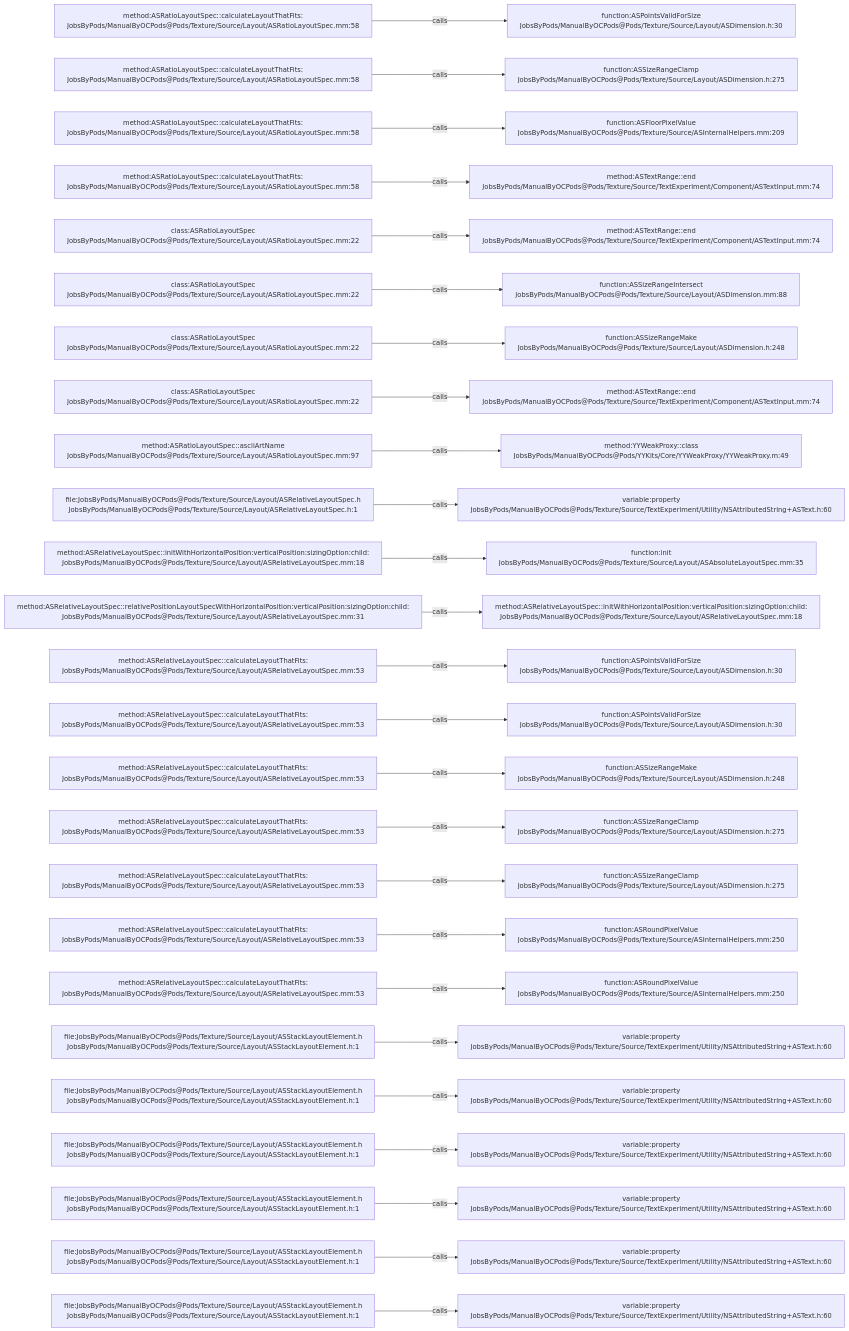
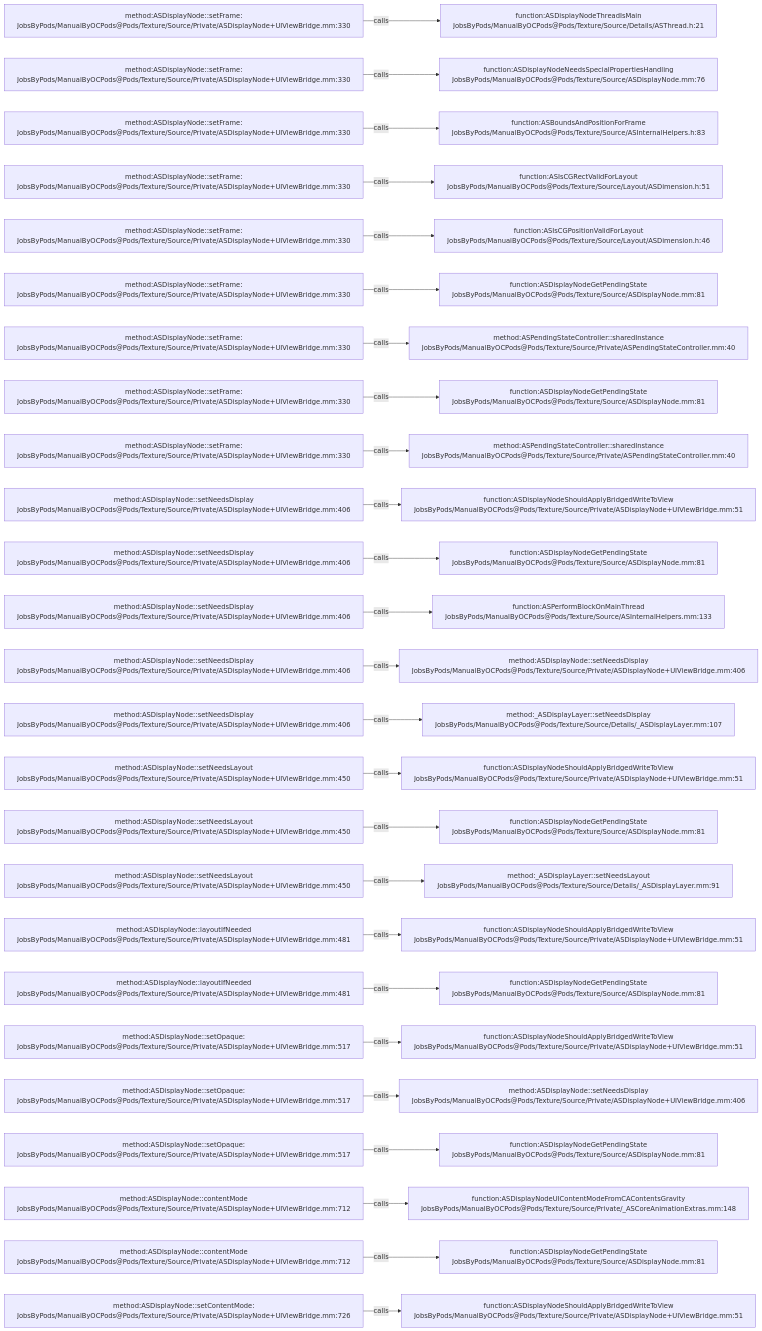
One commit to JobsKits/JobsOCBaseConfigDemo changed the diagram in .codegraph/codegraph.md/graphs/calls-190.md. Above: the diagram before and after it, drawn with Mermaid. The commit also changed 1223 other files, not shown here.

````diff
--- a/.codegraph/codegraph.md/graphs/calls-190.md
+++ b/.codegraph/codegraph.md/graphs/calls-190.md
@@ -13,78 +13,78 @@
 ```mermaid
 flowchart LR
-  S1["method:ASRatioLayoutSpec::calculateLayoutThatFits:<br/>JobsByPods/ManualByOCPods@Pods/Texture/Source/Layout/ASRatioLayoutSpec.mm:58"]
-  T1["function:ASPointsValidForSize<br/>JobsByPods/ManualByOCPods@Pods/Texture/Source/Layout/ASDimension.h:30"]
+  S1["method:ASDisplayNode::setFrame:<br/>JobsByPods/ManualByOCPods@Pods/Texture/Source/Private/ASDisplayNode+UIViewBridge.mm:330"]
+  T1["function:ASDisplayNodeThreadIsMain<br/>JobsByPods/ManualByOCPods@Pods/Texture/Source/Details/ASThread.h:21"]
   S1 -->|calls| T1
-  S2["method:ASRatioLayoutSpec::calculateLayoutThatFits:<br/>JobsByPods/ManualByOCPods@Pods/Texture/Source/Layout/ASRatioLayoutSpec.mm:58"]
-  T2["function:ASSizeRangeClamp<br/>JobsByPods/ManualByOCPods@Pods/Texture/Source/Layout/ASDimension.h:275"]
+  S2["method:ASDisplayNode::setFrame:<br/>JobsByPods/ManualByOCPods@Pods/Texture/Source/Private/ASDisplayNode+UIViewBridge.mm:330"]
+  T2["function:ASDisplayNodeNeedsSpecialPropertiesHandling<br/>JobsByPods/ManualByOCPods@Pods/Texture/Source/ASDisplayNode.mm:76"]
   S2 -->|calls| T2
-  S3["method:ASRatioLayoutSpec::calculateLayoutThatFits:<br/>JobsByPods/ManualByOCPods@Pods/Texture/Source/Layout/ASRatioLayoutSpec.mm:58"]
-  T3["function:ASFloorPixelValue<br/>JobsByPods/ManualByOCPods@Pods/Texture/Source/ASInternalHelpers.mm:209"]
+  S3["method:ASDisplayNode::setFrame:<br/>JobsByPods/ManualByOCPods@Pods/Texture/Source/Private/ASDisplayNode+UIViewBridge.mm:330"]
+  T3["function:ASBoundsAndPositionForFrame<br/>JobsByPods/ManualByOCPods@Pods/Texture/Source/ASInternalHelpers.h:83"]
   S3 -->|calls| T3
-  S4["method:ASRatioLayoutSpec::calculateLayoutThatFits:<br/>JobsByPods/ManualByOCPods@Pods/Texture/Source/Layout/ASRatioLayoutSpec.mm:58"]
-  T4["method:ASTextRange::end<br/>JobsByPods/ManualByOCPods@Pods/Texture/Source/TextExperiment/Component/ASTextInput.mm:74"]
+  S4["method:ASDisplayNode::setFrame:<br/>JobsByPods/ManualByOCPods@Pods/Texture/Source/Private/ASDisplayNode+UIViewBridge.mm:330"]
+  T4["function:ASIsCGRectValidForLayout<br/>JobsByPods/ManualByOCPods@Pods/Texture/Source/Layout/ASDimension.h:51"]
   S4 -->|calls| T4
-  S5["class:ASRatioLayoutSpec<br/>JobsByPods/ManualByOCPods@Pods/Texture/Source/Layout/ASRatioLayoutSpec.mm:22"]
-  T5["method:ASTextRange::end<br/>JobsByPods/ManualByOCPods@Pods/Texture/Source/TextExperiment/Component/ASTextInput.mm:74"]
+  S5["method:ASDisplayNode::setFrame:<br/>JobsByPods/ManualByOCPods@Pods/Texture/Source/Private/ASDisplayNode+UIViewBridge.mm:330"]
+  T5["function:ASIsCGPositionValidForLayout<br/>JobsByPods/ManualByOCPods@Pods/Texture/Source/Layout/ASDimension.h:46"]
   S5 -->|calls| T5
-  S6["class:ASRatioLayoutSpec<br/>JobsByPods/ManualByOCPods@Pods/Texture/Source/Layout/ASRatioLayoutSpec.mm:22"]
-  T6["function:ASSizeRangeIntersect<br/>JobsByPods/ManualByOCPods@Pods/Texture/Source/Layout/ASDimension.mm:88"]
+  S6["method:ASDisplayNode::setFrame:<br/>JobsByPods/ManualByOCPods@Pods/Texture/Source/Private/ASDisplayNode+UIViewBridge.mm:330"]
+  T6["function:ASDisplayNodeGetPendingState<br/>JobsByPods/ManualByOCPods@Pods/Texture/Source/ASDisplayNode.mm:81"]
   S6 -->|calls| T6
-  S7["class:ASRatioLayoutSpec<br/>JobsByPods/ManualByOCPods@Pods/Texture/Source/Layout/ASRatioLayoutSpec.mm:22"]
-  T7["function:ASSizeRangeMake<br/>JobsByPods/ManualByOCPods@Pods/Texture/Source/Layout/ASDimension.h:248"]
+  S7["method:ASDisplayNode::setFrame:<br/>JobsByPods/ManualByOCPods@Pods/Texture/Source/Private/ASDisplayNode+UIViewBridge.mm:330"]
+  T7["method:ASPendingStateController::sharedInstance<br/>JobsByPods/ManualByOCPods@Pods/Texture/Source/Private/ASPendingStateController.mm:40"]
   S7 -->|calls| T7
-  S8["class:ASRatioLayoutSpec<br/>JobsByPods/ManualByOCPods@Pods/Texture/Source/Layout/ASRatioLayoutSpec.mm:22"]
-  T8["method:ASTextRange::end<br/>JobsByPods/ManualByOCPods@Pods/Texture/Source/TextExperiment/Component/ASTextInput.mm:74"]
+  S8["method:ASDisplayNode::setFrame:<br/>JobsByPods/ManualByOCPods@Pods/Texture/Source/Private/ASDisplayNode+UIViewBridge.mm:330"]
+  T8["function:ASDisplayNodeGetPendingState<br/>JobsByPods/ManualByOCPods@Pods/Texture/Source/ASDisplayNode.mm:81"]
   S8 -->|calls| T8
-  S9["method:ASRatioLayoutSpec::asciiArtName<br/>JobsByPods/ManualByOCPods@Pods/Texture/Source/Layout/ASRatioLayoutSpec.mm:97"]
-  T9["method:YYWeakProxy::class<br/>JobsByPods/ManualByOCPods@Pods/YYKits/Core/YYWeakProxy/YYWeakProxy.m:49"]
+  S9["method:ASDisplayNode::setFrame:<br/>JobsByPods/ManualByOCPods@Pods/Texture/Source/Private/ASDisplayNode+UIViewBridge.mm:330"]
+  T9["method:ASPendingStateController::sharedInstance<br/>JobsByPods/ManualByOCPods@Pods/Texture/Source/Private/ASPendingStateController.mm:40"]
   S9 -->|calls| T9
-  S10["file:JobsByPods/ManualByOCPods@Pods/Texture/Source/Layout/ASRelativeLayoutSpec.h<br/>JobsByPods/ManualByOCPods@Pods/Texture/Source/Layout/ASRelativeLayoutSpec.h:1"]
-  T10["variable:property<br/>JobsByPods/ManualByOCPods@Pods/Texture/Source/TextExperiment/Utility/NSAttributedString+ASText.h:60"]
+  S10["method:ASDisplayNode::setNeedsDisplay<br/>JobsByPods/ManualByOCPods@Pods/Texture/Source/Private/ASDisplayNode+UIViewBridge.mm:406"]
+  T10["function:ASDisplayNodeShouldApplyBridgedWriteToView<br/>JobsByPods/ManualByOCPods@Pods/Texture/Source/Private/ASDisplayNode+UIViewBridge.mm:51"]
   S10 -->|calls| T10
-  S11["method:ASRelativeLayoutSpec::initWithHorizontalPosition:verticalPosition:sizingOption:child:<br/>JobsByPods/ManualByOCPods@Pods/Texture/Source/Layout/ASRelativeLayoutSpec.mm:18"]
-  T11["function:init<br/>JobsByPods/ManualByOCPods@Pods/Texture/Source/Layout/ASAbsoluteLayoutSpec.mm:35"]
+  S11["method:ASDisplayNode::setNeedsDisplay<br/>JobsByPods/ManualByOCPods@Pods/Texture/Source/Private/ASDisplayNode+UIViewBridge.mm:406"]
+  T11["function:ASDisplayNodeGetPendingState<br/>JobsByPods/ManualByOCPods@Pods/Texture/Source/ASDisplayNode.mm:81"]
   S11 -->|calls| T11
-  S12["method:ASRelativeLayoutSpec::relativePositionLayoutSpecWithHorizontalPosition:verticalPosition:sizingOption:child:<br/>JobsByPods/ManualByOCPods@Pods/Texture/Source/Layout/ASRelativeLayoutSpec.mm:31"]
-  T12["method:ASRelativeLayoutSpec::initWithHorizontalPosition:verticalPosition:sizingOption:child:<br/>JobsByPods/ManualByOCPods@Pods/Texture/Source/Layout/ASRelativeLayoutSpec.mm:18"]
+  S12["method:ASDisplayNode::setNeedsDisplay<br/>JobsByPods/ManualByOCPods@Pods/Texture/Source/Private/ASDisplayNode+UIViewBridge.mm:406"]
+  T12["function:ASPerformBlockOnMainThread<br/>JobsByPods/ManualByOCPods@Pods/Texture/Source/ASInternalHelpers.mm:133"]
   S12 -->|calls| T12
-  S13["method:ASRelativeLayoutSpec::calculateLayoutThatFits:<br/>JobsByPods/ManualByOCPods@Pods/Texture/Source/Layout/ASRelativeLayoutSpec.mm:53"]
-  T13["function:ASPointsValidForSize<br/>JobsByPods/ManualByOCPods@Pods/Texture/Source/Layout/ASDimension.h:30"]
+  S13["method:ASDisplayNode::setNeedsDisplay<br/>JobsByPods/ManualByOCPods@Pods/Texture/Source/Private/ASDisplayNode+UIViewBridge.mm:406"]
+  T13["method:ASDisplayNode::setNeedsDisplay<br/>JobsByPods/ManualByOCPods@Pods/Texture/Source/Private/ASDisplayNode+UIViewBridge.mm:406"]
   S13 -->|calls| T13
-  S14["method:ASRelativeLayoutSpec::calculateLayoutThatFits:<br/>JobsByPods/ManualByOCPods@Pods/Texture/Source/Layout/ASRelativeLayoutSpec.mm:53"]
-  T14["function:ASPointsValidForSize<br/>JobsByPods/ManualByOCPods@Pods/Texture/Source/Layout/ASDimension.h:30"]
+  S14["method:ASDisplayNode::setNeedsDisplay<br/>JobsByPods/ManualByOCPods@Pods/Texture/Source/Private/ASDisplayNode+UIViewBridge.mm:406"]
+  T14["method:_ASDisplayLayer::setNeedsDisplay<br/>JobsByPods/ManualByOCPods@Pods/Texture/Source/Details/_ASDisplayLayer.mm:107"]
   S14 -->|calls| T14
-  S15["method:ASRelativeLayoutSpec::calculateLayoutThatFits:<br/>JobsByPods/ManualByOCPods@Pods/Texture/Source/Layout/ASRelativeLayoutSpec.mm:53"]
-  T15["function:ASSizeRangeMake<br/>JobsByPods/ManualByOCPods@Pods/Texture/Source/Layout/ASDimension.h:248"]
+  S15["method:ASDisplayNode::setNeedsLayout<br/>JobsByPods/ManualByOCPods@Pods/Texture/Source/Private/ASDisplayNode+UIViewBridge.mm:450"]
+  T15["function:ASDisplayNodeShouldApplyBridgedWriteToView<br/>JobsByPods/ManualByOCPods@Pods/Texture/Source/Private/ASDisplayNode+UIViewBridge.mm:51"]
   S15 -->|calls| T15
-  S16["method:ASRelativeLayoutSpec::calculateLayoutThatFits:<br/>JobsByPods/ManualByOCPods@Pods/Texture/Source/Layout/ASRelativeLayoutSpec.mm:53"]
-  T16["function:ASSizeRangeClamp<br/>JobsByPods/ManualByOCPods@Pods/Texture/Source/Layout/ASDimension.h:275"]
+  S16["method:ASDisplayNode::setNeedsLayout<br/>JobsByPods/ManualByOCPods@Pods/Texture/Source/Private/ASDisplayNode+UIViewBridge.mm:450"]
+  T16["function:ASDisplayNodeGetPendingState<br/>JobsByPods/ManualByOCPods@Pods/Texture/Source/ASDisplayNode.mm:81"]
   S16 -->|calls| T16
-  S17["method:ASRelativeLayoutSpec::calculateLayoutThatFits:<br/>JobsByPods/ManualByOCPods@Pods/Texture/Source/Layout/ASRelativeLayoutSpec.mm:53"]
-  T17["function:ASSizeRangeClamp<br/>JobsByPods/ManualByOCPods@Pods/Texture/Source/Layout/ASDimension.h:275"]
+  S17["method:ASDisplayNode::setNeedsLayout<br/>JobsByPods/ManualByOCPods@Pods/Texture/Source/Private/ASDisplayNode+UIViewBridge.mm:450"]
+  T17["method:_ASDisplayLayer::setNeedsLayout<br/>JobsByPods/ManualByOCPods@Pods/Texture/Source/Details/_ASDisplayLayer.mm:91"]
   S17 -->|calls| T17
-  S18["method:ASRelativeLayoutSpec::calculateLayoutThatFits:<br/>JobsByPods/ManualByOCPods@Pods/Texture/Source/Layout/ASRelativeLayoutSpec.mm:53"]
-  T18["function:ASRoundPixelValue<br/>JobsByPods/ManualByOCPods@Pods/Texture/Source/ASInternalHelpers.mm:250"]
+  S18["method:ASDisplayNode::layoutIfNeeded<br/>JobsByPods/ManualByOCPods@Pods/Texture/Source/Private/ASDisplayNode+UIViewBridge.mm:481"]
+  T18["function:ASDisplayNodeShouldApplyBridgedWriteToView<br/>JobsByPods/ManualByOCPods@Pods/Texture/Source/Private/ASDisplayNode+UIViewBridge.mm:51"]
   S18 -->|calls| T18
-  S19["method:ASRelativeLayoutSpec::calculateLayoutThatFits:<br/>JobsByPods/ManualByOCPods@Pods/Texture/Source/Layout/ASRelativeLayoutSpec.mm:53"]
-  T19["function:ASRoundPixelValue<br/>JobsByPods/ManualByOCPods@Pods/Texture/Source/ASInternalHelpers.mm:250"]
+  S19["method:ASDisplayNode::layoutIfNeeded<br/>JobsByPods/ManualByOCPods@Pods/Texture/Source/Private/ASDisplayNode+UIViewBridge.mm:481"]
+  T19["function:ASDisplayNodeGetPendingState<br/>JobsByPods/ManualByOCPods@Pods/Texture/Source/ASDisplayNode.mm:81"]
   S19 -->|calls| T19
-  S20["file:JobsByPods/ManualByOCPods@Pods/Texture/Source/Layout/ASStackLayoutElement.h<br/>JobsByPods/ManualByOCPods@Pods/Texture/Source/Layout/ASStackLayoutElement.h:1"]
-  T20["variable:property<br/>JobsByPods/ManualByOCPods@Pods/Texture/Source/TextExperiment/Utility/NSAttributedString+ASText.h:60"]
+  S20["method:ASDisplayNode::setOpaque:<br/>JobsByPods/ManualByOCPods@Pods/Texture/Source/Private/ASDisplayNode+UIViewBridge.mm:517"]
+  T20["function:ASDisplayNodeShouldApplyBridgedWriteToView<br/>JobsByPods/ManualByOCPods@Pods/Texture/Source/Private/ASDisplayNode+UIViewBridge.mm:51"]
   S20 -->|calls| T20
-  S21["file:JobsByPods/ManualByOCPods@Pods/Texture/Source/Layout/ASStackLayoutElement.h<br/>JobsByPods/ManualByOCPods@Pods/Texture/Source/Layout/ASStackLayoutElement.h:1"]
-  T21["variable:property<br/>JobsByPods/ManualByOCPods@Pods/Texture/Source/TextExperiment/Utility/NSAttributedString+ASText.h:60"]
+  S21["method:ASDisplayNode::setOpaque:<br/>JobsByPods/ManualByOCPods@Pods/Texture/Source/Private/ASDisplayNode+UIViewBridge.mm:517"]
+  T21["method:ASDisplayNode::setNeedsDisplay<br/>JobsByPods/ManualByOCPods@Pods/Texture/Source/Private/ASDisplayNode+UIViewBridge.mm:406"]
   S21 -->|calls| T21
-  S22["file:JobsByPods/ManualByOCPods@Pods/Texture/Source/Layout/ASStackLayoutElement.h<br/>JobsByPods/ManualByOCPods@Pods/Texture/Source/Layout/ASStackLayoutElement.h:1"]
-  T22["variable:property<br/>JobsByPods/ManualByOCPods@Pods/Texture/Source/TextExperiment/Utility/NSAttributedString+ASText.h:60"]
+  S22["method:ASDisplayNode::setOpaque:<br/>JobsByPods/ManualByOCPods@Pods/Texture/Source/Private/ASDisplayNode+UIViewBridge.mm:517"]
+  T22["function:ASDisplayNodeGetPendingState<br/>JobsByPods/ManualByOCPods@Pods/Texture/Source/ASDisplayNode.mm:81"]
   S22 -->|calls| T22
-  S23["file:JobsByPods/ManualByOCPods@Pods/Texture/Source/Layout/ASStackLayoutElement.h<br/>JobsByPods/ManualByOCPods@Pods/Texture/Source/Layout/ASStackLayoutElement.h:1"]
-  T23["variable:property<br/>JobsByPods/ManualByOCPods@Pods/Texture/Source/TextExperiment/Utility/NSAttributedString+ASText.h:60"]
+  S23["method:ASDisplayNode::contentMode<br/>JobsByPods/ManualByOCPods@Pods/Texture/Source/Private/ASDisplayNode+UIViewBridge.mm:712"]
+  T23["function:ASDisplayNodeUIContentModeFromCAContentsGravity<br/>JobsByPods/ManualByOCPods@Pods/Texture/Source/Private/_ASCoreAnimationExtras.mm:148"]
   S23 -->|calls| T23
-  S24["file:JobsByPods/ManualByOCPods@Pods/Texture/Source/Layout/ASStackLayoutElement.h<br/>JobsByPods/ManualByOCPods@Pods/Texture/Source/Layout/ASStackLayoutElement.h:1"]
-  T24["variable:property<br/>JobsByPods/ManualByOCPods@Pods/Texture/Source/TextExperiment/Utility/NSAttributedString+ASText.h:60"]
+  S24["method:ASDisplayNode::contentMode<br/>JobsByPods/ManualByOCPods@Pods/Texture/Source/Private/ASDisplayNode+UIViewBridge.mm:712"]
+  T24["function:ASDisplayNodeGetPendingState<br/>JobsByPods/ManualByOCPods@Pods/Texture/Source/ASDisplayNode.mm:81"]
   S24 -->|calls| T24
-  S25["file:JobsByPods/ManualByOCPods@Pods/Texture/Source/Layout/ASStackLayoutElement.h<br/>JobsByPods/ManualByOCPods@Pods/Texture/Source/Layout/ASStackLayoutElement.h:1"]
-  T25["variable:property<br/>JobsByPods/ManualByOCPods@Pods/Texture/Source/TextExperiment/Utility/NSAttributedString+ASText.h:60"]
+  S25["method:ASDisplayNode::setContentMode:<br/>JobsByPods/ManualByOCPods@Pods/Texture/Source/Private/ASDisplayNode+UIViewBridge.mm:726"]
+  T25["function:ASDisplayNodeShouldApplyBridgedWriteToView<br/>JobsByPods/ManualByOCPods@Pods/Texture/Source/Private/ASDisplayNode+UIViewBridge.mm:51"]
   S25 -->|calls| T25
 ```
````
